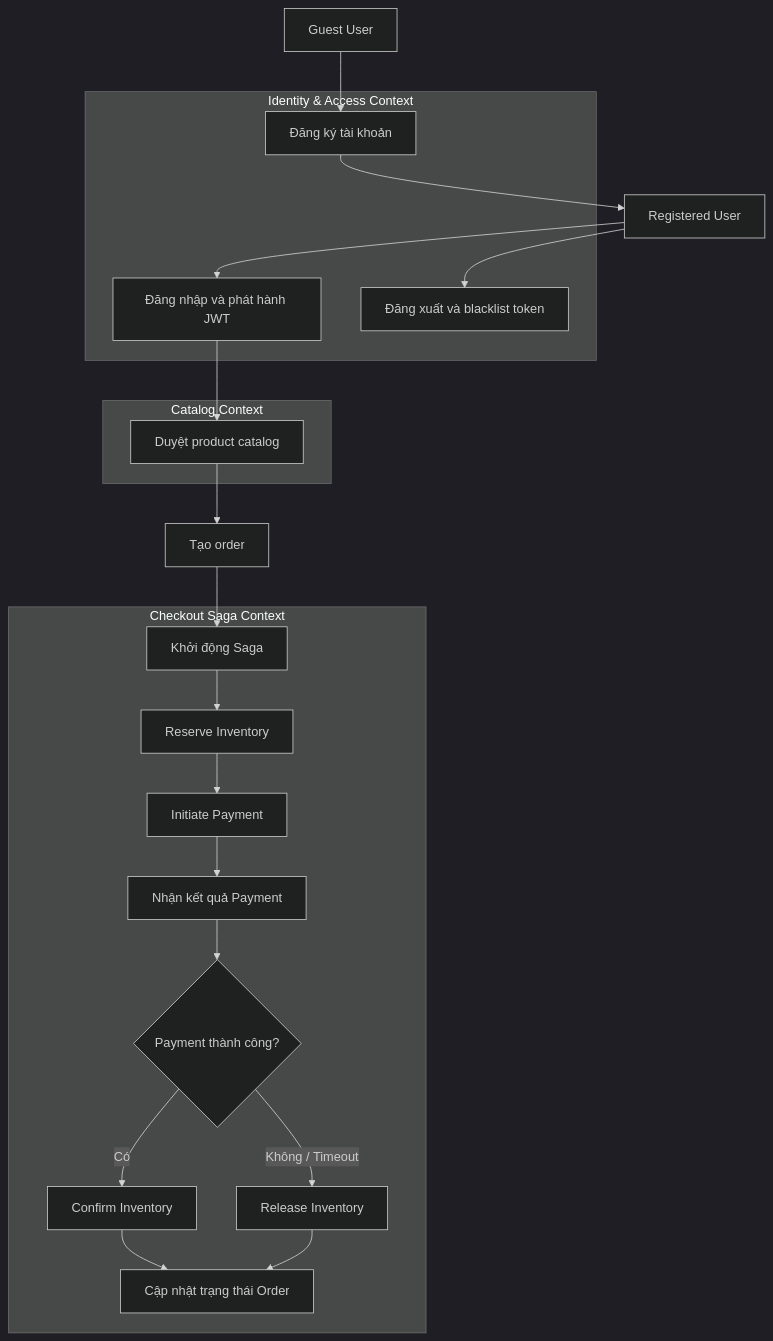
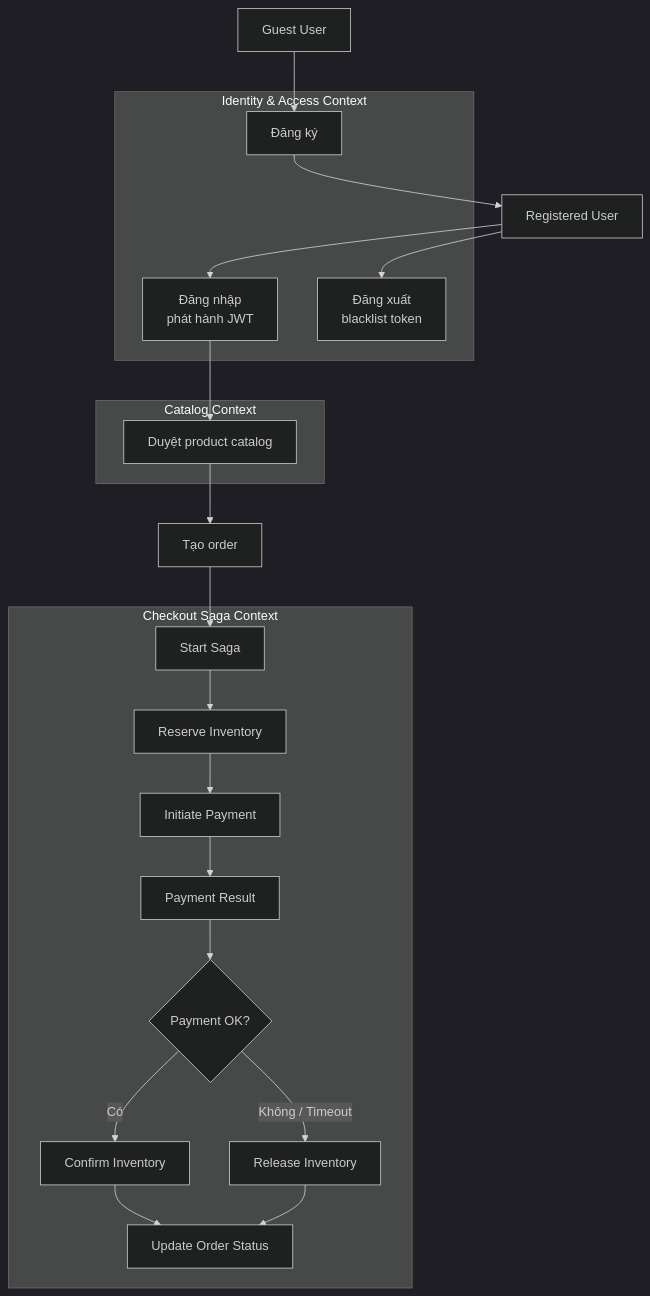
One commit to baosatboiz/asd changed the first of 7 diagrams in analysis-and-design-ddd.md. Above: the diagram before and after it, drawn with Mermaid (dark theme). The commit also changed other lines of this file, not shown here.

````diff
--- a/analysis-and-design-ddd.md
+++ b/analysis-and-design-ddd.md
@@ -26,37 +26,37 @@
 ```mermaid
 flowchart TD
-    G[Guest User] --> R[Đăng ký tài khoản]
+    G[Guest User] --> R[Đăng ký]
     R --> U[Registered User]
 
     subgraph IAM[Identity & Access Context]
         R
-        LG[Đăng nhập và phát hành JWT]
-        LO[Đăng xuất và blacklist token]
+        LG[Đăng nhập<br/>phát hành JWT]
+        LO[Đăng xuất<br/>blacklist token]
     end
 
     U --> LG
     U --> LO
 
     subgraph CAT[Catalog Context]
         BR[Duyệt product catalog]
     end
 
     LG --> BR
 
     BR --> CO[Tạo order]
 
     subgraph CHECKOUT[Checkout Saga Context]
-        SP[Khởi động Saga]
+        SP[Start Saga]
         RS[Reserve Inventory]
         PI[Initiate Payment]
-        PS[Nhận kết quả Payment]
-        GW{Payment thành công?}
+        PS[Payment Result]
+        GW{Payment OK?}
         CF[Confirm Inventory]
         RL[Release Inventory]
-        US[Cập nhật trạng thái Order]
+        US[Update Order Status]
     end
 
     CO --> SP --> RS --> PI --> PS --> GW
     GW -->|Có| CF --> US
     GW -->|Không / Timeout| RL --> US
 ```
````
